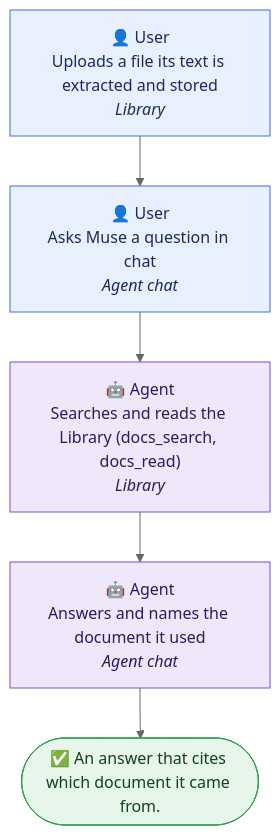
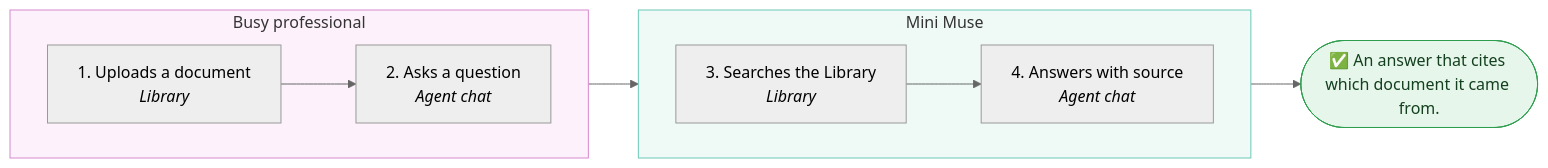
Before and after one commit to lngsa1234/mini-muse-mvp: the fourth of 6 diagrams in docs/product/baseline.md, drawn with Mermaid (neutral theme). The commit also changed other lines of this file and 1 other file, not shown here.

First line of the commit message:
docs: journeys as swimlanes in the product baseline (AgentForge plugin 0.4.2)

````diff
--- a/docs/product/baseline.md
+++ b/docs/product/baseline.md
@@ -184,22 +190,23 @@
 ```mermaid
-flowchart TD
-  s1["👤 User<br/>Uploads a file its text is extracted and stored<br/><i>Library</i>"]
-  class s1 user
-  s2["👤 User<br/>Asks Muse a question in chat<br/><i>Agent chat</i>"]
-  class s2 user
+flowchart LR
+  subgraph user_lane["Busy professional"]
+    direction LR
+    s1["1. Uploads a document<br/><i>Library</i>"]
+    s2["2. Asks a question<br/><i>Agent chat</i>"]
+  end
+  subgraph agent_lane["Mini Muse"]
+    direction LR
+    s3["3. Searches the Library<br/><i>Library</i>"]
+    s4["4. Answers with source<br/><i>Agent chat</i>"]
+  end
   s1 --> s2
-  s3["🤖 Agent<br/>Searches and reads the Library (docs_search, docs_read)<br/><i>Library</i>"]
-  class s3 agent
   s2 --> s3
-  s4["🤖 Agent<br/>Answers and names the document it used<br/><i>Agent chat</i>"]
-  class s4 agent
   s3 --> s4
   done(["✅ An answer that cites which document it came from."])
   s4 --> done
-  class done outcome
-  classDef user fill:#e8f0fe,stroke:#4a6fd1,color:#1a2b5c
-  classDef agent fill:#efe8fb,stroke:#7a4fd1,color:#2e1a5c
-  classDef system fill:#f1f1f1,stroke:#888,color:#333
   classDef approval fill:#fff4e0,stroke:#d18a1f,color:#5c3a00
   classDef outcome fill:#e6f6ea,stroke:#2f9e4f,color:#14401f
+  style user_lane fill:#fdf2fb,stroke:#d58ad0
+  style agent_lane fill:#effaf7,stroke:#6cc9b4
+  class done outcome
 ```
````
